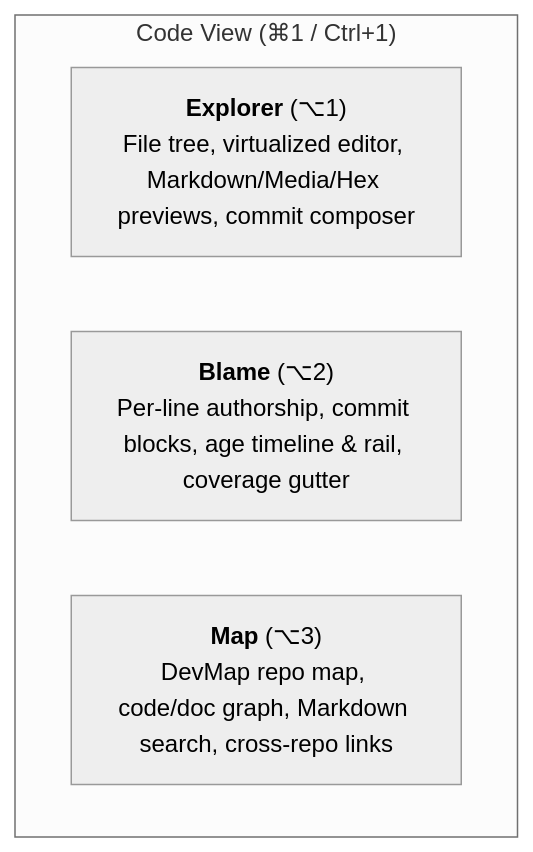
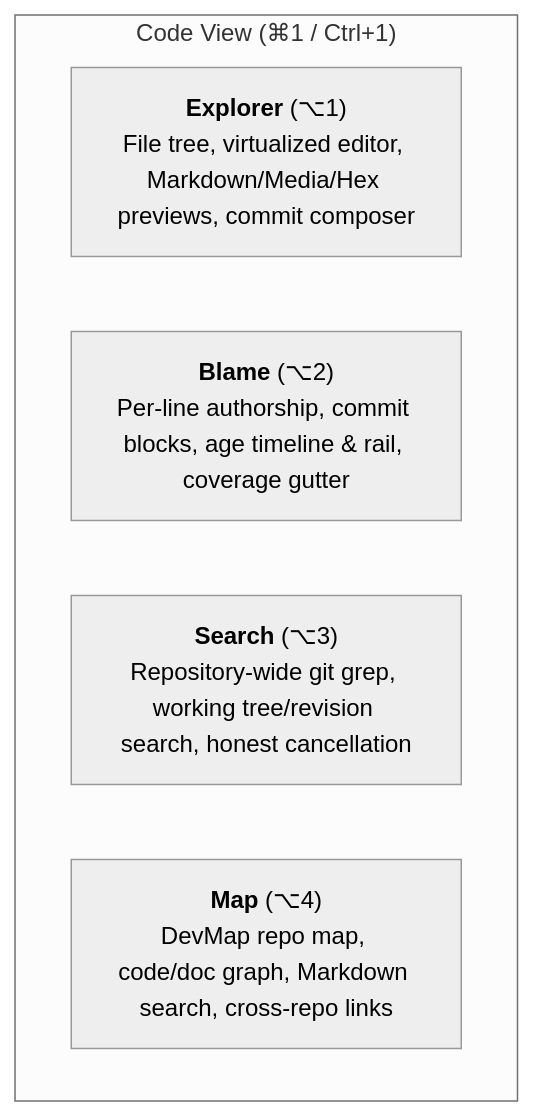
The third of 5 diagrams in FEATURES.md (bharathvbcr/GitPulse), drawn with Mermaid (neutral theme) before and after one commit. The commit also changed other lines of this file and 14 other files, not shown here.

````diff
--- a/FEATURES.md
+++ b/FEATURES.md
@@ -125,8 +125,9 @@
 ```mermaid
 flowchart TD
     subgraph CodeViewSections["Code View (⌘1 / Ctrl+1)"]
         Explorer["<b>Explorer</b> (⌥1)<br/>File tree, virtualized editor, Markdown/Media/Hex previews, commit composer"]
         Blame["<b>Blame</b> (⌥2)<br/>Per-line authorship, commit blocks, age timeline & rail, coverage gutter"]
-        Map["<b>Map</b> (⌥3)<br/>DevMap repo map, code/doc graph, Markdown search, cross-repo links"]
+        SearchSec["<b>Search</b> (⌥3)<br/>Repository-wide git grep, working tree/revision search, honest cancellation"]
+        Map["<b>Map</b> (⌥4)<br/>DevMap repo map, code/doc graph, Markdown search, cross-repo links"]
     end
 ```
````
